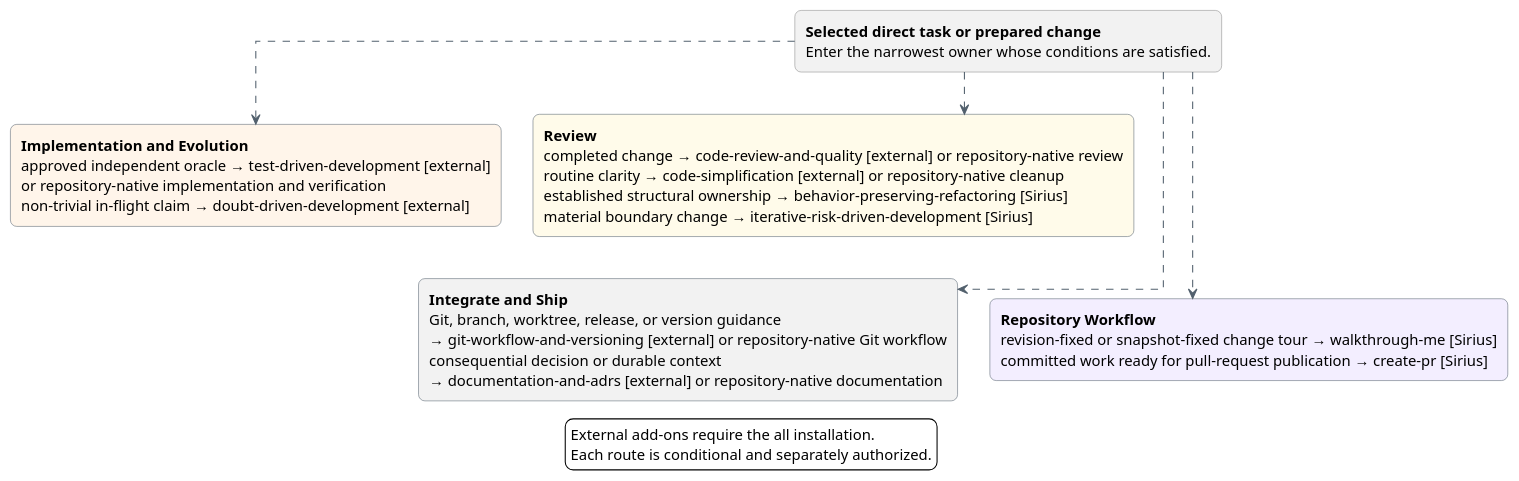
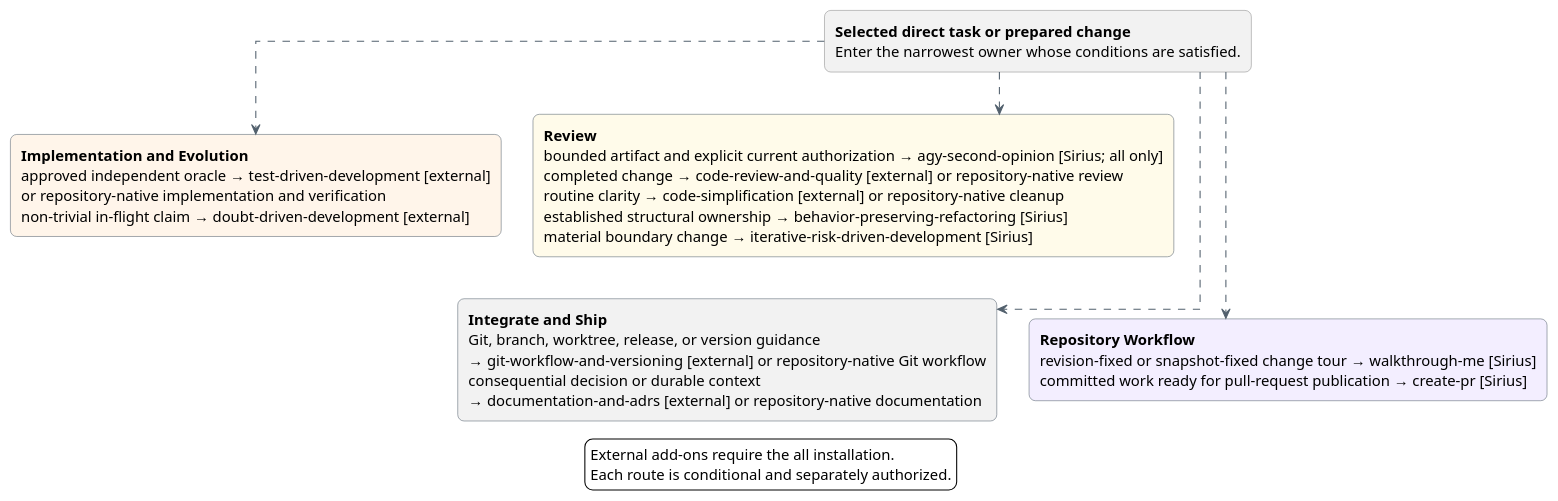
Before and after one commit to sirius-cc-wu/sirius-skills: the third of 4 diagrams in catalog/skill-relationships.md, drawn with PlantUML. The commit also changed other lines of this file and 13 other files, not shown here.

Commit message:
feat: add agy second-opinion skill

````diff
--- a/catalog/skill-relationships.md
+++ b/catalog/skill-relationships.md
@@ -523,73 +524,74 @@
 ```plantuml
 @startuml implementation-repository-skill-relationships
 top to bottom direction
 
 skinparam backgroundColor #FFFFFF
 skinparam shadowing false
 skinparam packageStyle rectangle
 skinparam linetype ortho
 skinparam defaultFontName Arial
 skinparam defaultTextAlignment left
 skinparam ArrowColor #52606D
 skinparam nodesep 30
 skinparam ranksep 40
 hide stereotype
 skinparam rectangle {
   BackgroundColor #FFFFFF
   BorderColor #52606D
   RoundCorner 12
 }
 skinparam rectangle<<input>> {
   BackgroundColor #F2F2F2
   BorderColor #888888
 }
 
 rectangle selected <<input>> [
 **Selected direct task or prepared change**
 Enter the narrowest owner whose conditions are satisfied.
 ]
 
 rectangle implementation #FFF5EA [
 **Implementation and Evolution**
 approved independent oracle → test-driven-development [external]
 or repository-native implementation and verification
 non-trivial in-flight claim → doubt-driven-development [external]
 ]
 
 rectangle review #FFFBEA [
 **Review**
+bounded artifact and explicit current authorization → agy-second-opinion [Sirius; all only]
 completed change → code-review-and-quality [external] or repository-native review
 routine clarity → code-simplification [external] or repository-native cleanup
 established structural ownership → behavior-preserving-refactoring [Sirius]
 material boundary change → iterative-risk-driven-development [Sirius]
 ]
 
 rectangle integrate #F2F2F2 [
 **Integrate and Ship**
 Git, branch, worktree, release, or version guidance
 → git-workflow-and-versioning [external] or repository-native Git workflow
 consequential decision or durable context
 → documentation-and-adrs [external] or repository-native documentation
 ]
 
 rectangle repository #F3EEFF [
 **Repository Workflow**
 revision-fixed or snapshot-fixed change tour → walkthrough-me [Sirius]
 committed work ready for pull-request publication → create-pr [Sirius]
 ]
 
 selected ..> implementation
 selected ..> review
 selected ..> integrate
 selected ..> repository
 
 implementation -[hidden]right-> review
 implementation -[hidden]down-> integrate
 integrate -[hidden]right-> repository
 
 legend bottom
   External add-ons require the all installation.
   Each route is conditional and separately authorized.
 endlegend
 @enduml
 ```
````
